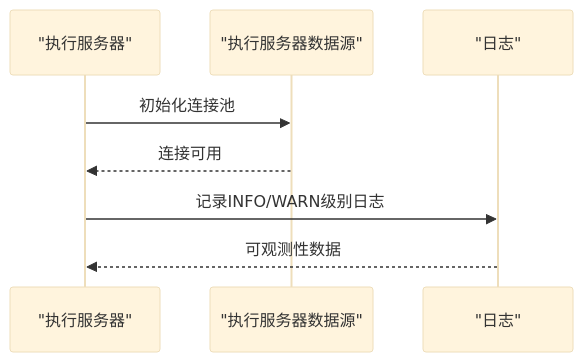
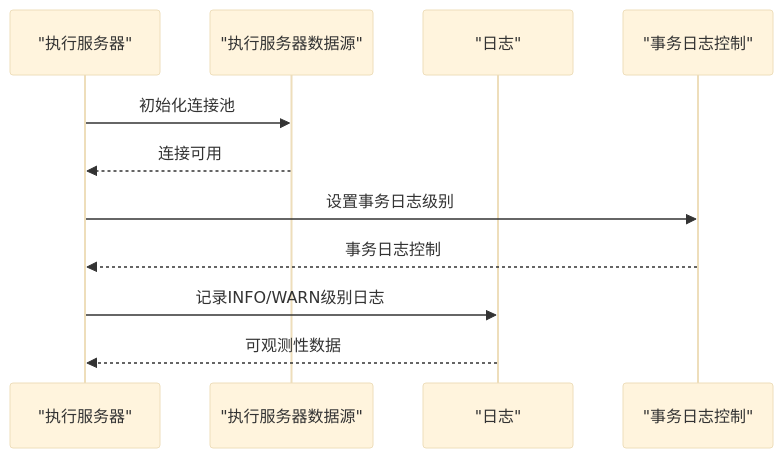
One commit to liuzh2008/med_ai_assistant_workspace changed the seventh of 12 diagrams in .qoder/repowiki/zh/content/监控运维/日志管理.md. Above: the diagram before and after it, drawn with Mermaid (base theme). The commit also changed other lines of this file and 9 other files, not shown here.

````diff
--- a/.qoder/repowiki/zh/content/监控运维/日志管理.md
+++ b/.qoder/repowiki/zh/content/监控运维/日志管理.md
@@ -233,10 +258,13 @@
 ```mermaid
 sequenceDiagram
 participant Exec as "执行服务器"
 participant DS as "执行服务器数据源"
 participant Log as "日志"
+participant Tx as "事务日志控制"
 Exec->>DS : 初始化连接池
 DS-->>Exec : 连接可用
+Exec->>Tx : 设置事务日志级别
+Tx-->>Exec : 事务日志控制
 Exec->>Log : 记录INFO/WARN级别日志
 Log-->>Exec : 可观测性数据
 ```
````
